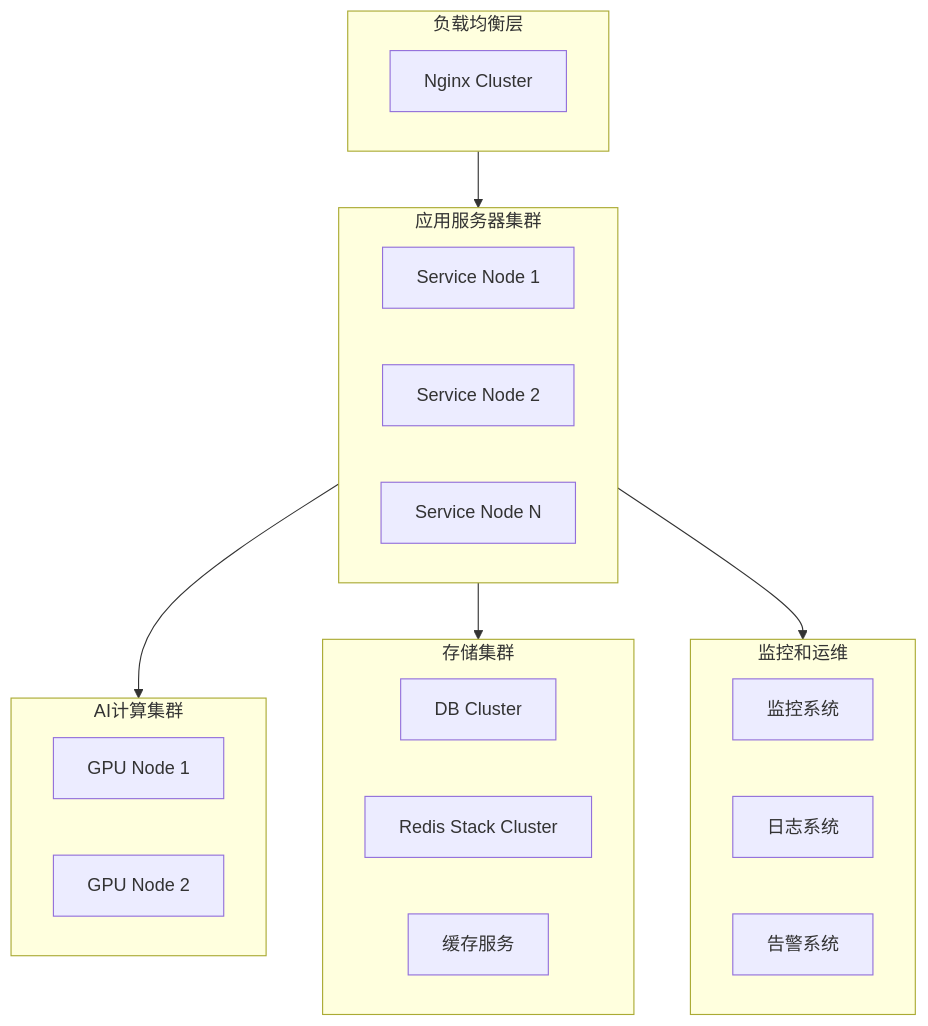
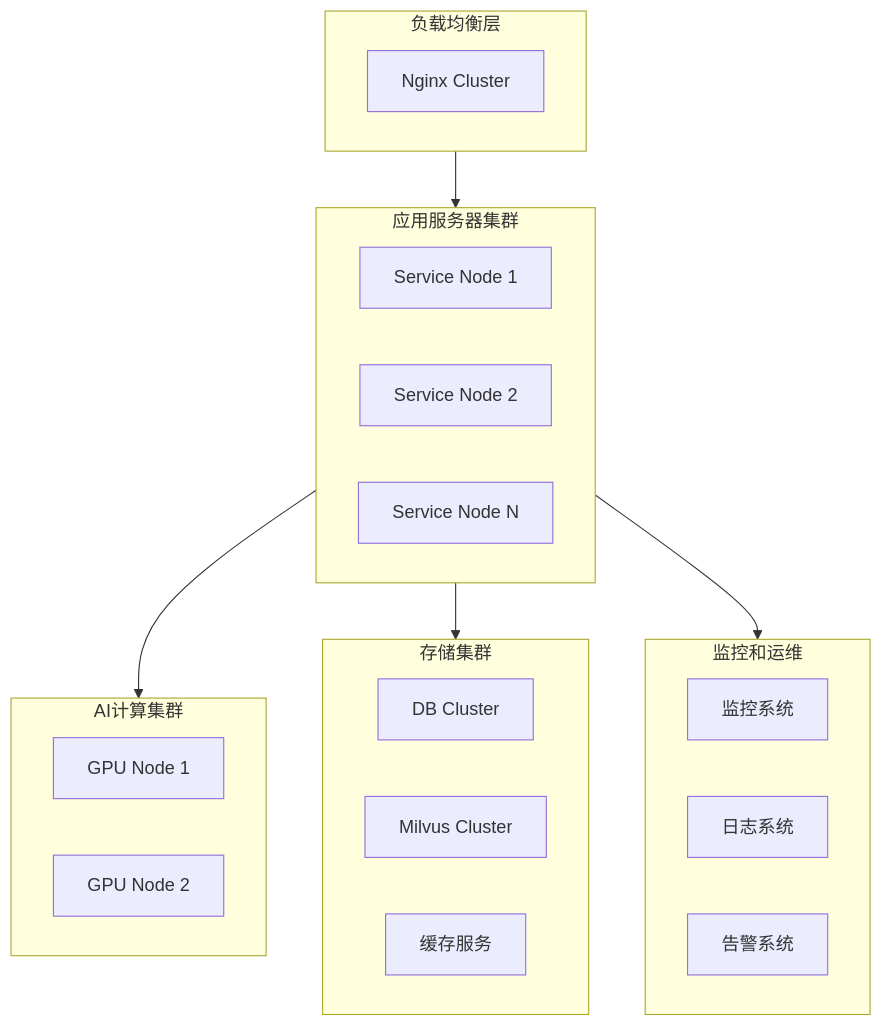
The third of 6 diagrams in doc/架构设计.md (xmx0632/aiKnowledgeBase), drawn with Mermaid before and after one commit. The commit also changed other lines of this file and 1 other file, not shown here.

````diff
--- a/doc/架构设计.md
+++ b/doc/架构设计.md
@@ -124,34 +125,34 @@
 ```mermaid
 graph TB
     subgraph 负载均衡层
         A[Nginx Cluster]
     end
 
     subgraph 应用服务器集群
         B[Service Node 1]
         C[Service Node 2]
         D[Service Node N]
     end
 
     subgraph AI计算集群
         E[GPU Node 1]
         F[GPU Node 2]
     end
 
     subgraph 存储集群
         G[DB Cluster]
-        H[Redis Stack Cluster]
+        H[Milvus Cluster]
         I[缓存服务]
     end
 
     subgraph 监控和运维
         K[监控系统]
         L[日志系统]
         M[告警系统]
     end
 
     负载均衡层 --> 应用服务器集群
     应用服务器集群 --> AI计算集群
     应用服务器集群 --> 存储集群
     应用服务器集群 --> 监控和运维
 ```
````
